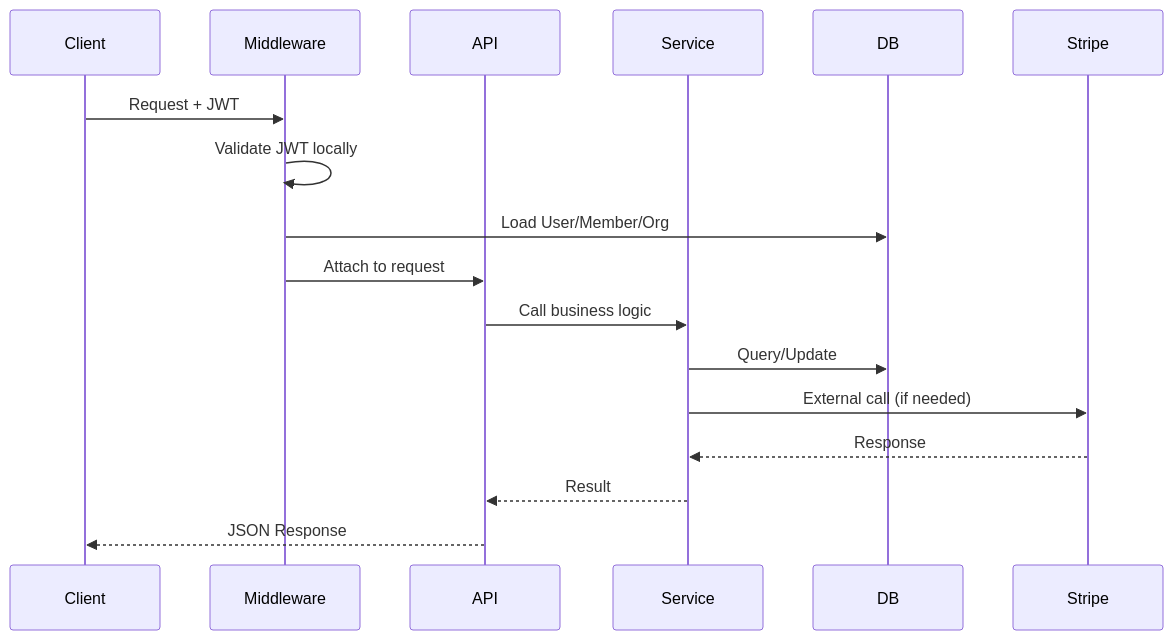
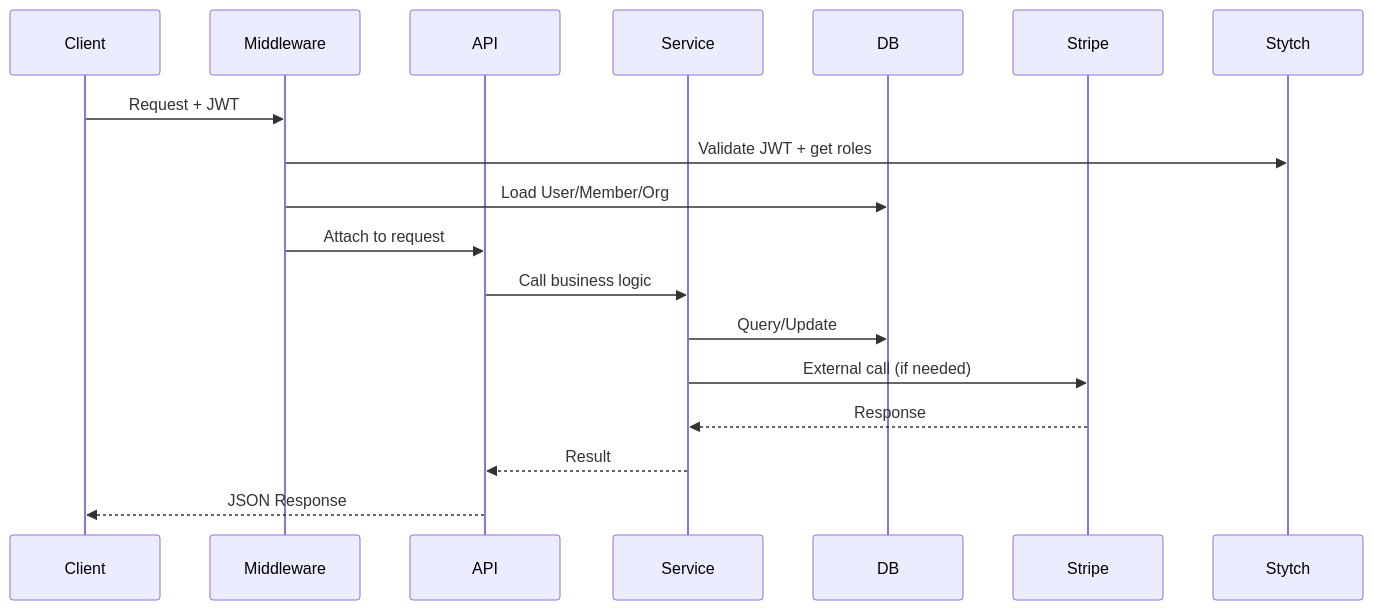
One commit to pikaia-dev/pikaia changed the second of 2 diagrams in docs/architecture/overview.md. Above: the diagram before and after it, drawn with Mermaid. The commit also changed 2 other files, not shown here.

Commit message:
docs: fix inaccurate JWT validation claims and add SVG security info
- architecture/overview.md: Fix diagram - middleware calls Stytch API
- authentication.md: Fix diagram + add note explaining API validation
- media-uploads.md: Add SVG sanitization security section

````diff
--- a/docs/architecture/overview.md
+++ b/docs/architecture/overview.md
@@ -101,20 +101,20 @@
 ```mermaid
 sequenceDiagram
     participant Client
     participant Middleware
     participant API
     participant Service
     participant DB
     participant Stripe
 
     Client->>Middleware: Request + JWT
-    Middleware->>Middleware: Validate JWT locally
+    Middleware->>Stytch: Validate JWT + get roles
     Middleware->>DB: Load User/Member/Org
     Middleware->>API: Attach to request
     API->>Service: Call business logic
     Service->>DB: Query/Update
     Service->>Stripe: External call (if needed)
     Stripe-->>Service: Response
     Service-->>API: Result
     API-->>Client: JSON Response
 ```
````
